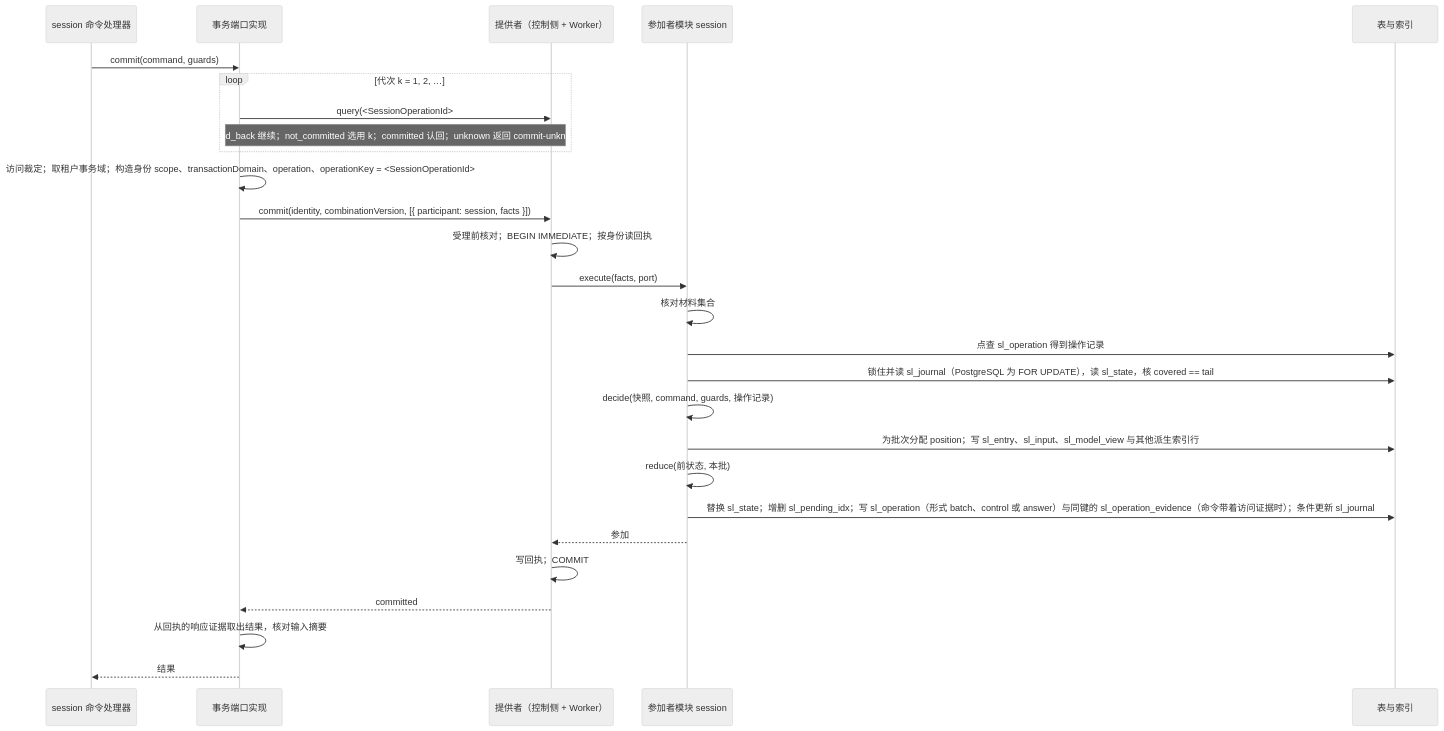
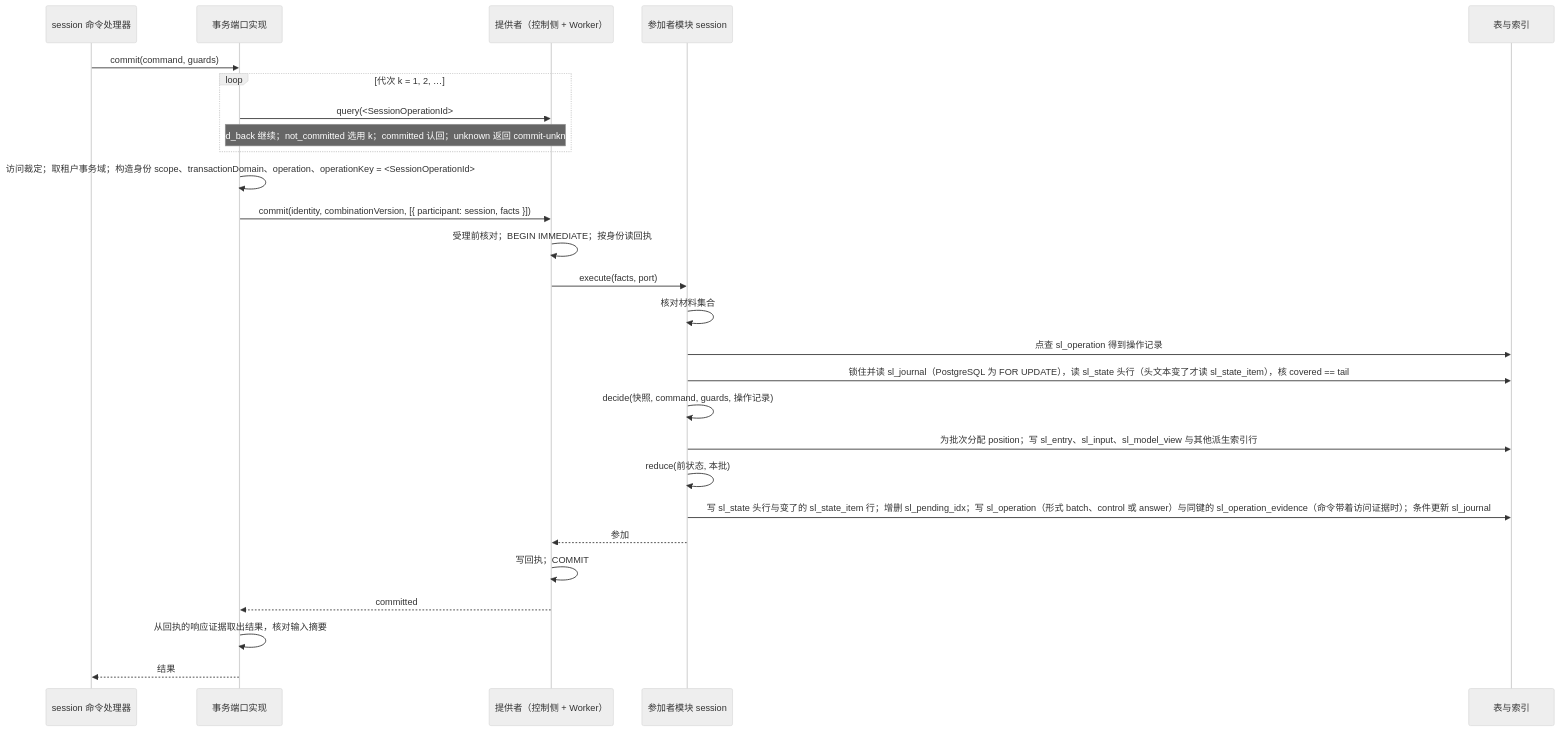
Before and after one commit to nemori-ai/omne-harness-lite: the first of 5 diagrams in packages/session/session-storage-sql/docs/flows.md, drawn with Mermaid (neutral theme). The commit also changed 24 other files, not shown here.

````diff
--- a/packages/session/session-storage-sql/docs/flows.md
+++ b/packages/session/session-storage-sql/docs/flows.md
@@ -13,29 +13,29 @@
 ```mermaid
 sequenceDiagram
     participant S as session 命令处理器
     participant T as 事务端口实现
     participant P as 提供者（控制侧 + Worker）
     participant M as 参加者模块 session
     participant D as 表与索引
     S->>T: commit(command, guards)
     loop 代次 k = 1, 2, …
         T->>P: query(<SessionOperationId>#k)
         Note over T,P: rolled_back 继续；not_committed 选用 k；committed 认回；unknown 返回 commit-unknown
     end
     T->>T: 访问裁定；取租户事务域；构造身份 scope、transactionDomain、operation、operationKey = <SessionOperationId>#k、protocolVersion 2；规范化 { command, guards } 为 JSON
     T->>P: commit(identity, combinationVersion, [{ participant: session, facts }])
     P->>P: 受理前核对；BEGIN IMMEDIATE；按身份读回执
     P->>M: execute(facts, port)
     M->>M: 核对材料集合
     M->>D: 点查 sl_operation 得到操作记录
-    M->>D: 锁住并读 sl_journal（PostgreSQL 为 FOR UPDATE），读 sl_state，核 covered == tail
+    M->>D: 锁住并读 sl_journal（PostgreSQL 为 FOR UPDATE），读 sl_state 头行（头文本变了才读 sl_state_item），核 covered == tail
     M->>M: decide(快照, command, guards, 操作记录)
     M->>D: 为批次分配 position；写 sl_entry、sl_input、sl_model_view 与其他派生索引行
     M->>M: reduce(前状态, 本批)
-    M->>D: 替换 sl_state；增删 sl_pending_idx；写 sl_operation（形式 batch、control 或 answer）与同键的 sl_operation_evidence（命令带着访问证据时）；条件更新 sl_journal
+    M->>D: 写 sl_state 头行与变了的 sl_state_item 行；增删 sl_pending_idx；写 sl_operation（形式 batch、control 或 answer）与同键的 sl_operation_evidence（命令带着访问证据时）；条件更新 sl_journal
     M-->>P: 参加
     P->>P: 写回执；COMMIT
     P-->>T: committed
     T->>T: 从回执的响应证据取出结果，核对输入摘要
     T-->>S: 结果
 ```
````
